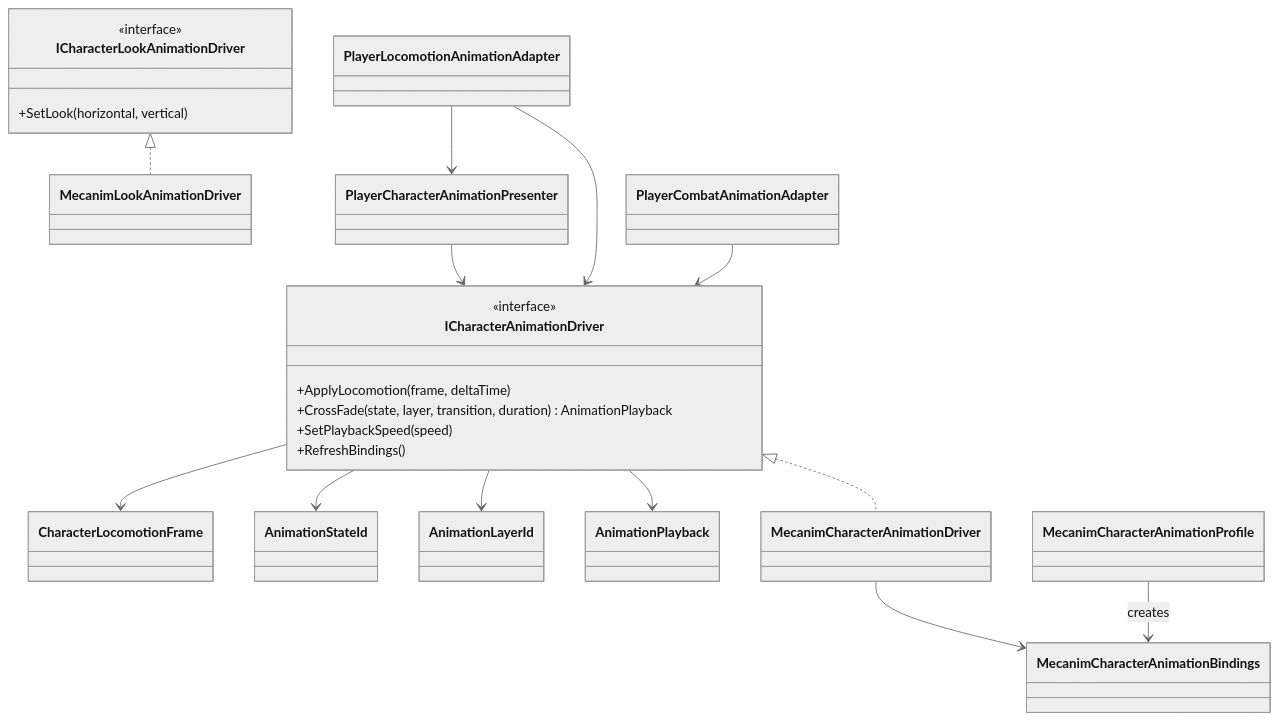
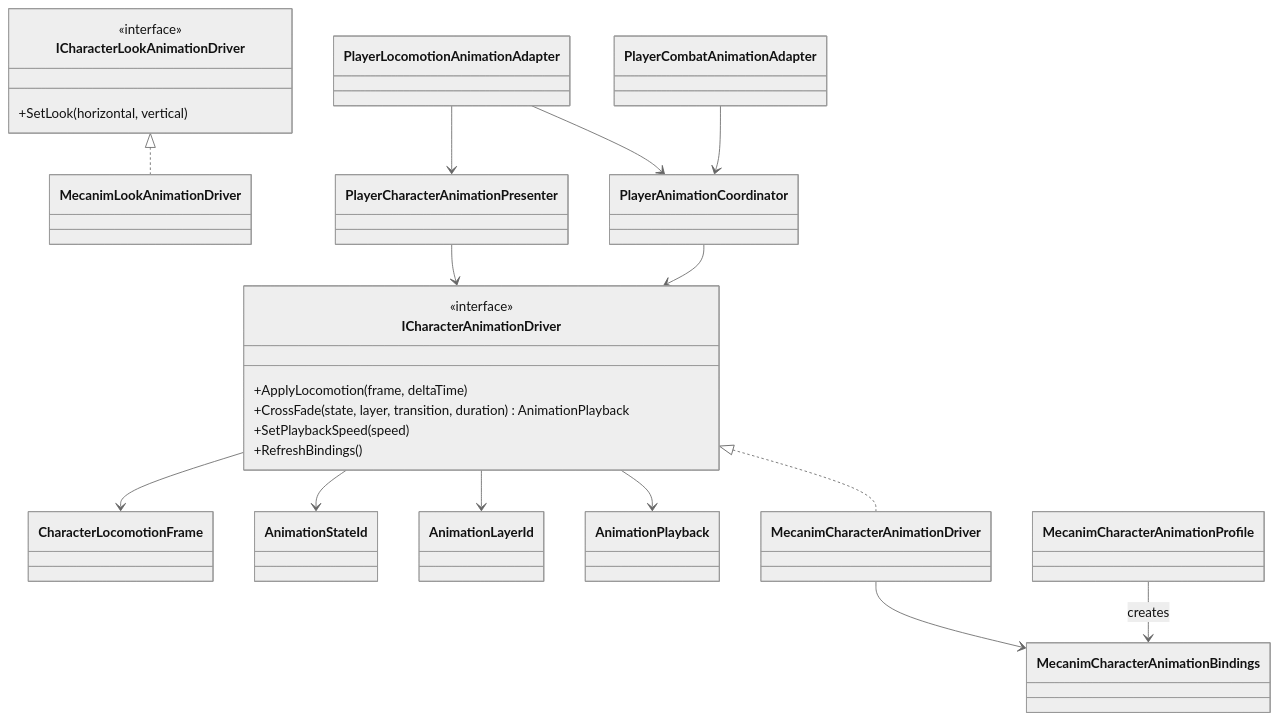
Before and after one commit to MaximFonariuc/project-s: the diagram in Assets/_App/Modules/Animation/README.md, drawn with Mermaid (neutral theme). The commit also changed other lines of this file and 18 other files, not shown here.

Commit message:
feat: arbitrate player animation states

````diff
--- a/Assets/_App/Modules/Animation/README.md
+++ b/Assets/_App/Modules/Animation/README.md
@@ -9,40 +9,42 @@
 ```mermaid
 classDiagram
     class ICharacterAnimationDriver {
         <<interface>>
         +ApplyLocomotion(frame, deltaTime)
         +CrossFade(state, layer, transition, duration) AnimationPlayback
         +SetPlaybackSpeed(speed)
         +RefreshBindings()
     }
 
     class ICharacterLookAnimationDriver {
         <<interface>>
         +SetLook(horizontal, vertical)
     }
 
     class CharacterLocomotionFrame
     class AnimationStateId
     class AnimationLayerId
     class AnimationPlayback
     class MecanimCharacterAnimationBindings
     class MecanimCharacterAnimationProfile
     class MecanimCharacterAnimationDriver
     class MecanimLookAnimationDriver
     class PlayerCharacterAnimationPresenter
+    class PlayerAnimationCoordinator
     class PlayerLocomotionAnimationAdapter
     class PlayerCombatAnimationAdapter
 
     ICharacterAnimationDriver <|.. MecanimCharacterAnimationDriver
     ICharacterLookAnimationDriver <|.. MecanimLookAnimationDriver
     MecanimCharacterAnimationDriver --> MecanimCharacterAnimationBindings
     MecanimCharacterAnimationProfile --> MecanimCharacterAnimationBindings : creates
     ICharacterAnimationDriver --> CharacterLocomotionFrame
     ICharacterAnimationDriver --> AnimationStateId
     ICharacterAnimationDriver --> AnimationLayerId
     ICharacterAnimationDriver --> AnimationPlayback
     PlayerCharacterAnimationPresenter --> ICharacterAnimationDriver
-    PlayerLocomotionAnimationAdapter --> ICharacterAnimationDriver
+    PlayerLocomotionAnimationAdapter --> PlayerAnimationCoordinator
     PlayerLocomotionAnimationAdapter --> PlayerCharacterAnimationPresenter
-    PlayerCombatAnimationAdapter --> ICharacterAnimationDriver
+    PlayerCombatAnimationAdapter --> PlayerAnimationCoordinator
+    PlayerAnimationCoordinator --> ICharacterAnimationDriver
 ```
````
